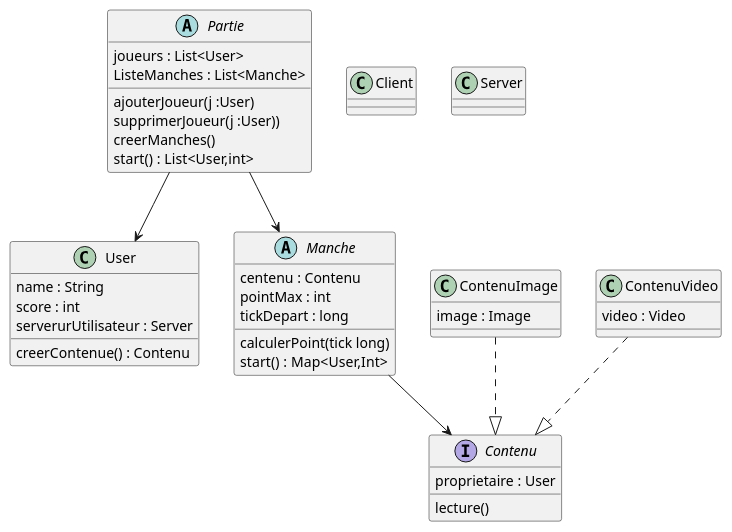
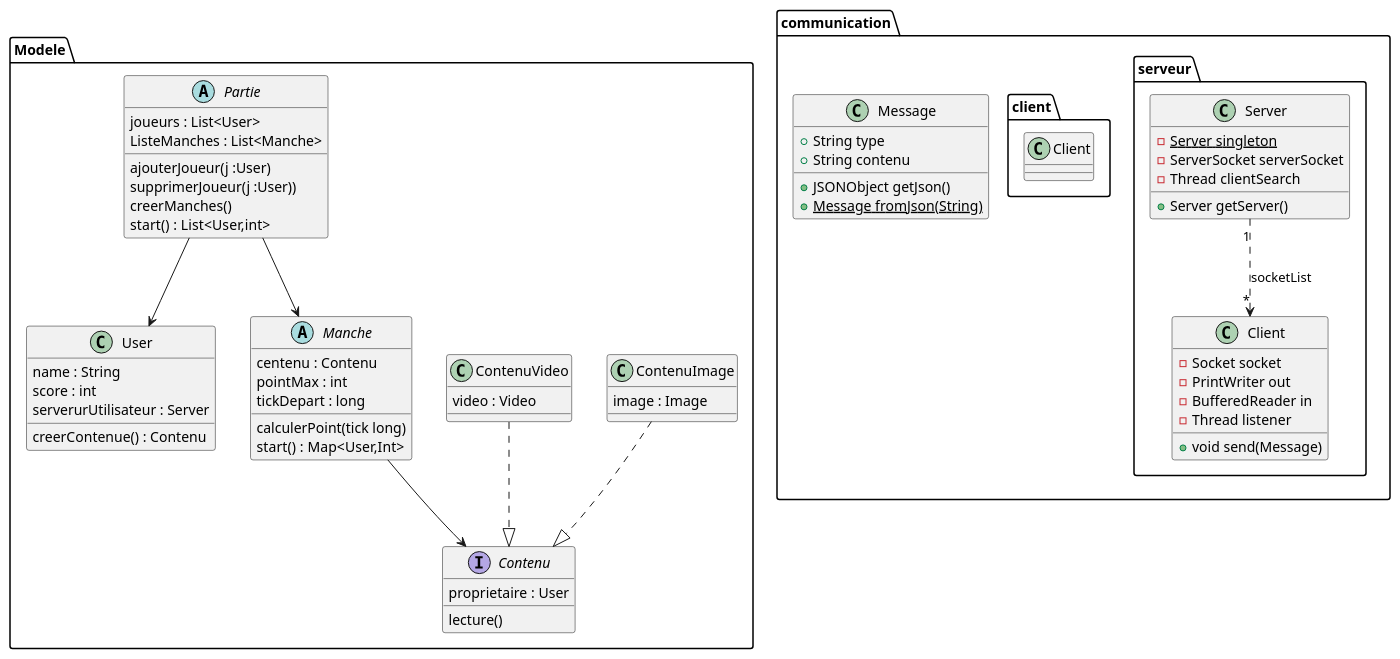
The diagram in document/diagrammeClasse.puml (PlumeDeRenard54/PhotoRoulette), drawn with PlantUML before and after one commit.

Commit message:
[update] diagrammeClasse.puml

```diff
--- a/document/diagrammeClasse.puml
+++ b/document/diagrammeClasse.puml
@@ -1,49 +1,77 @@
 @startuml
+package Modele {
+    class User {
+     name : String
+     score : int
+     serverurUtilisateur : Server
+     creerContenue() : Contenu
+    }
 
-class User {
- name : String
- score : int
- serverurUtilisateur : Server
- creerContenue() : Contenu
+    abstract class Manche {
+        centenu : Contenu
+        pointMax : int
+        tickDepart : long
+        calculerPoint(tick long)
+        start() : Map<User,Int>
+    }
+
+    interface Contenu {
+        proprietaire : User
+        lecture()
+    }
+
+    class ContenuImage {
+        image : Image
+    }
+
+    class ContenuVideo {
+        video : Video
+    }
+
+    abstract class Partie {
+        joueurs : List<User>
+        ListeManches : List<Manche>
+        ajouterJoueur(j :User)
+        supprimerJoueur(j :User))
+        creerManches()
+        start() : List<User,int>
+    }
 }
 
-abstract class Manche {
-    centenu : Contenu
-    pointMax : int
-    tickDepart : long
-    calculerPoint(tick long)
-    start() : Map<User,Int>
+package communication{
+    package serveur {
+        class Client {
+        - Socket socket
+        - PrintWriter out
+        - BufferedReader in
+        - Thread listener
+        + void send(Message)
+        }
+
+
+        class Server {
+        - {static} Server singleton
+        - ServerSocket serverSocket
+        - Thread clientSearch
+        + Server getServer()
+        }
+        Server "1" ..> "*" Client : socketList
 }
+class Message {
++ String type
++ String contenu
++ JSONObject getJson()
++ {static} Message fromJson(String)
+    }
 
-interface Contenu {
-    proprietaire : User
-    lecture()
+    package client {
+        class Client
+    }
 }
-
-class ContenuImage {
-    image : Image
-}
-
-class ContenuVideo {
-    video : Video
-}
-
-abstract class Partie {
-    joueurs : List<User>
-    ListeManches : List<Manche>
-    ajouterJoueur(j :User)
-    supprimerJoueur(j :User))
-    creerManches()
-    start() : List<User,int>
-}
-
-class Client
-
-class Server
 
 ContenuImage ..|> Contenu
 ContenuVideo ..|> Contenu
 Manche --> Contenu
 Partie --> User
 Partie --> Manche
 @enduml
```
